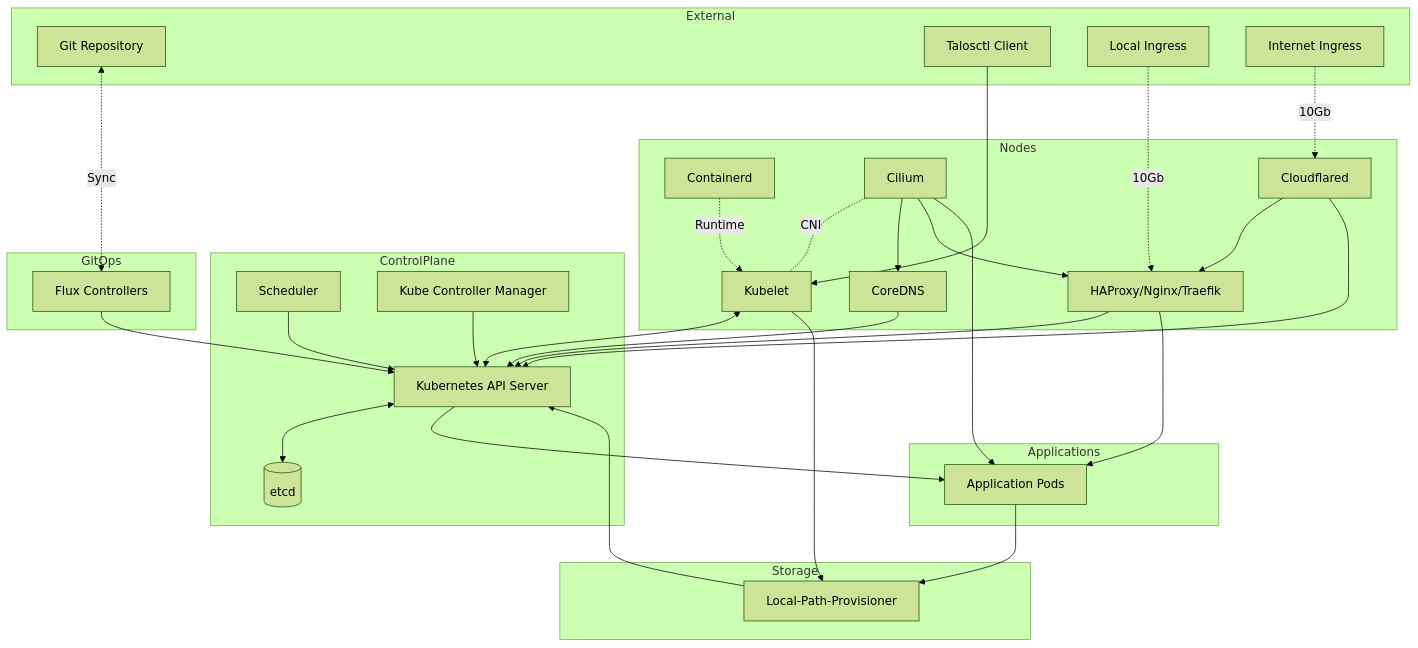
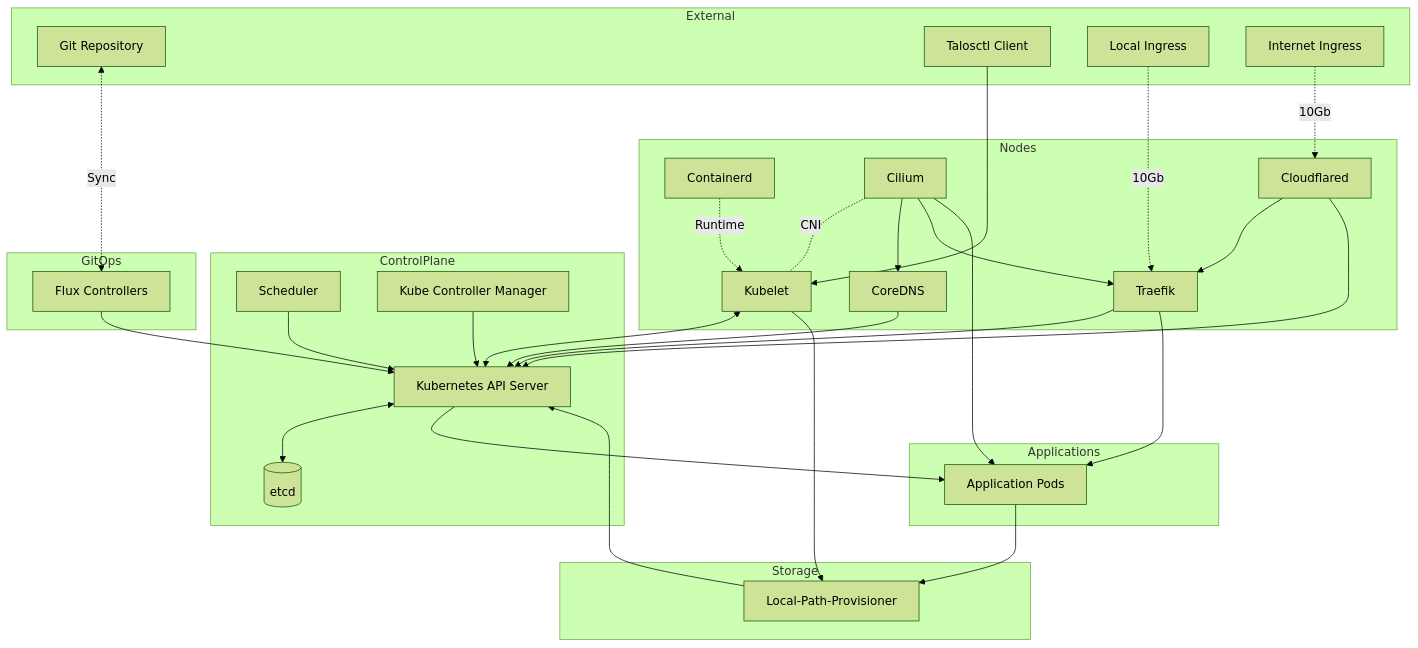
One commit to 0x4272616E646F6E/homelab changed the diagram in README.md. Above: the diagram before and after it, drawn with Mermaid (forest theme).

Commit message:
updated diagram

````diff
--- a/README.md
+++ b/README.md
@@ -39,74 +39,74 @@
 ```mermaid
 flowchart TD
   %% External
   subgraph External
     GIT[Git Repository]
     USER[Talosctl Client]
     LOCALNET[Local Ingress]
     NET[Internet Ingress]
   end
 
   %% Control Plane
   subgraph ControlPlane
     APIS[Kubernetes API Server]
     ETCD[(etcd)]
     SCHED[Scheduler]
     KCM[Kube Controller Manager]
   end
 
   APIS <--> ETCD
   SCHED --> APIS
   KCM --> APIS
 
   %% GitOps (runs in cluster)
   subgraph GitOps
     FLUX[Flux Controllers]
   end
 
   GIT <-. Sync .-> FLUX
   FLUX --> APIS
 
   %% Nodes / Data Plane
   subgraph Nodes
     KUBE[Kubelet]
     CRI[Containerd]
     CIL[Cilium]
     DNS[CoreDNS]
-    TRF[HAProxy/Nginx/Traefik]
+    TRF[Traefik]
     CFD[Cloudflared]
   end
 
   KUBE <--> APIS
   CRI -. Runtime .-> KUBE
   CIL -. CNI .- KUBE
   DNS --> APIS
   TRF --> APIS
   CFD --> TRF
   NET -. 10Gb .-> CFD
   LOCALNET -. 10Gb .-> TRF
   CFD --> APIS
   CIL --> DNS
   CIL --> TRF
 
 
   %% Storage
   subgraph Storage
     LPP[Local-Path-Provisioner]
   end
 
   LPP --> APIS
   KUBE --> LPP
 
   %% Applications
   subgraph Applications
     APP[Application Pods]
   end
 
   APIS --> APP
   CIL --> APP
   TRF --> APP
   APP --> LPP
 
   %% Talos management
   USER --> KUBE
 ```
````
